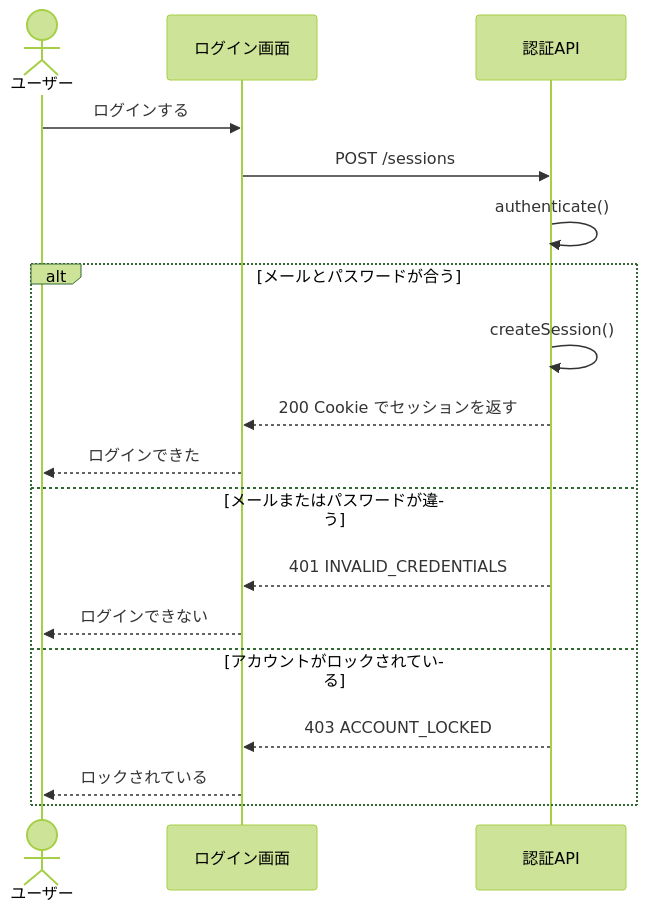
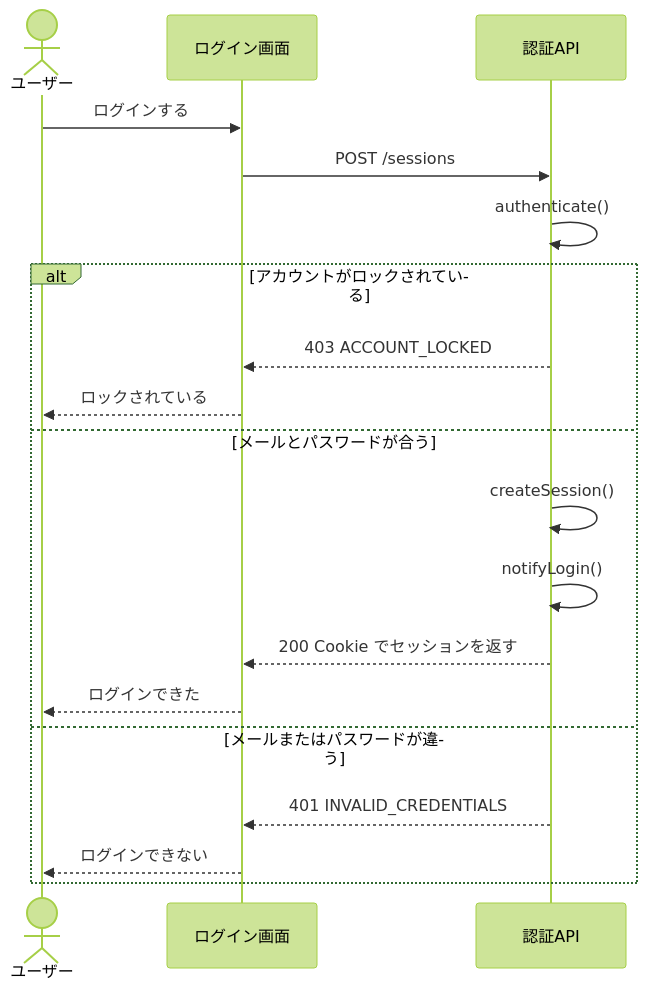
One commit to masamasamasato/design-doc-template changed the diagram in apis/login/README.md. Above: the diagram before and after it, drawn with Mermaid (forest theme). The commit also changed other lines of this file and 8 other files, not shown here.

First line of the commit message:
構成図に役割とAZを明示し、ログイン通知メールを設計書に足す (#8)

````diff
--- a/apis/login/README.md
+++ b/apis/login/README.md
@@ -11,20 +11,21 @@
 ```mermaid
 sequenceDiagram
   actor User as ユーザー
   participant Screen as ログイン画面
   participant API as 認証API
   User->>Screen: ログインする
   Screen->>API: POST /sessions
   API->>API: authenticate()
-  alt メールとパスワードが合う
+  alt アカウントがロックされている
+    API-->>Screen: 403 ACCOUNT_LOCKED
+    Screen-->>User: ロックされている
+  else メールとパスワードが合う
     API->>API: createSession()
+    API->>API: notifyLogin()
     API-->>Screen: 200 Cookie でセッションを返す
     Screen-->>User: ログインできた
   else メールまたはパスワードが違う
     API-->>Screen: 401 INVALID_CREDENTIALS
     Screen-->>User: ログインできない
-  else アカウントがロックされている
-    API-->>Screen: 403 ACCOUNT_LOCKED
-    Screen-->>User: ロックされている
   end
 ```
````
